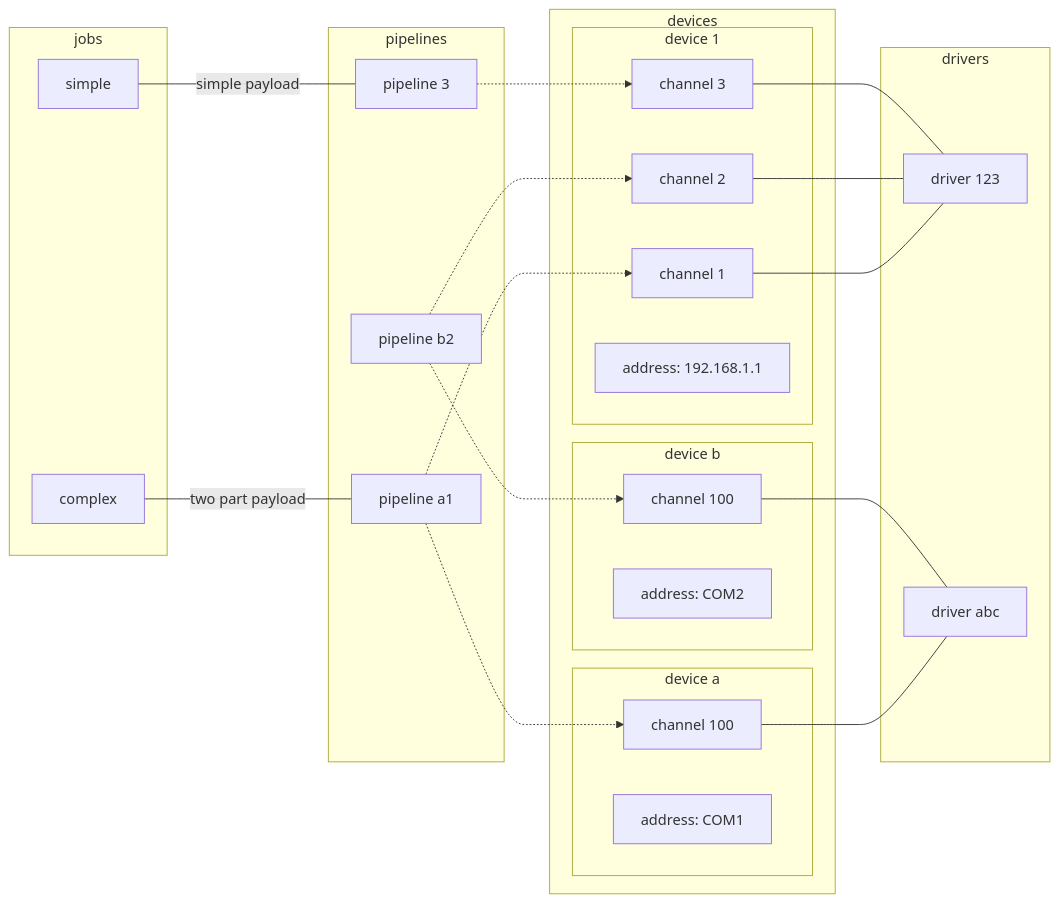
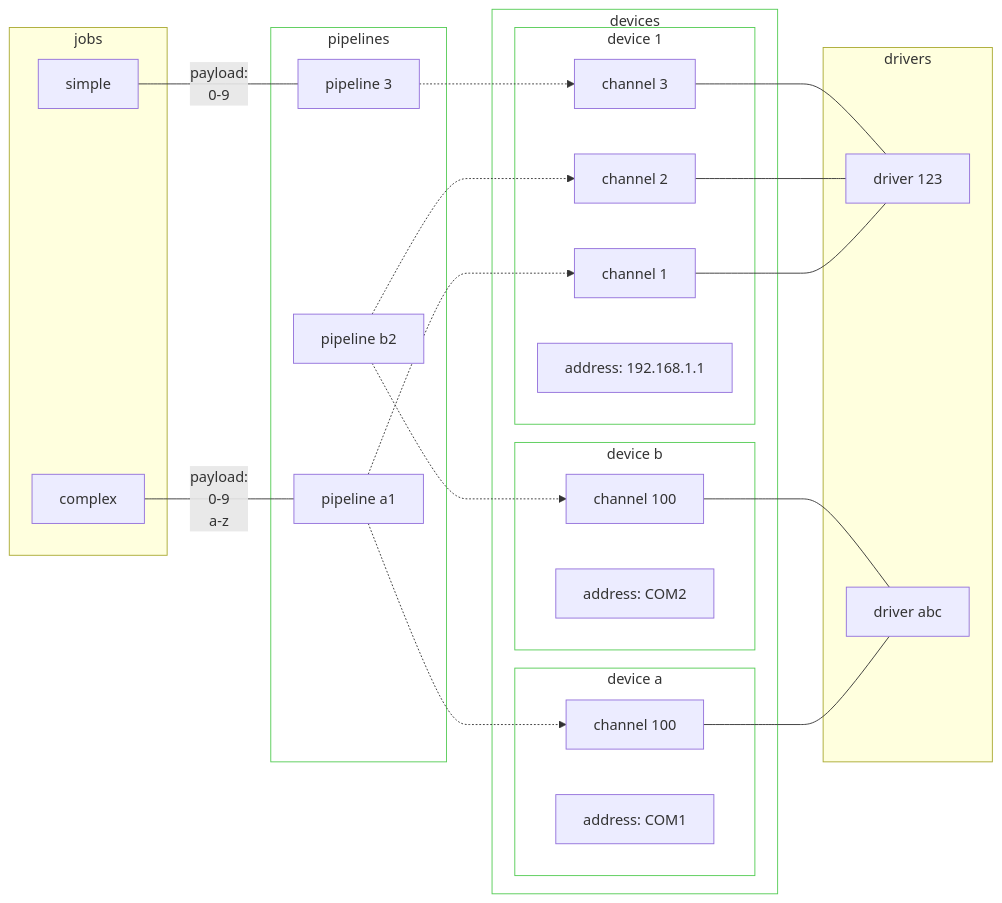
Before and after one commit to dgbowl/tomato: the diagram in docs/source/quickstart.rst, drawn with Mermaid. The commit also changed other lines of this file and 11 other files, not shown here.

```diff
--- a/docs/source/quickstart.rst
+++ b/docs/source/quickstart.rst
@@ -101,60 +56,67 @@
 .. mermaid::
+    :caption: Diagram of **tomato** concepts.
 
-  flowchart LR
+    flowchart LR
 
       c1 --- drv1[driver 123]
       c2 --- drv1
       c3 --- drv1
 
       a100 --- drv2[driver abc]
       b100 --- drv2
 
       subgraph d1[device 1]
           ip1[address: 192.168.1.1]
           c1[channel 1]
           c2[channel 2]
           c3[channel 3]
       end
 
       subgraph a[device a]
           com1[address: COM1]
           a100[channel 100]
       end
 
       subgraph b[device b]
           com2[address: COM2]
           b100[channel 100]
       end
 
       subgraph pipelines
           pip1
           pip2
           pip3
       end
 
+      pipelines:::config
+
       subgraph drivers
           drv1
           drv2
       end
 
       subgraph devices
-          d1
-          a
-          b
+          d1:::config
+          a:::config
+          b:::config
       end
+
+      devices:::config
 
       subgraph jobs
           j1
           j2
       end
 
-      j1[complex] --- |two part payload| pip1
-      j2[simple] --- |simple payload| pip3
+      j1[complex] --- |payload:<br/>0-9<br/>a-z| pip1
+      j2[simple] --- |payload:<br/>0-9| pip3
 
       pip1[pipeline a1] -.-> c1
       pip1[pipeline a1] -.-> a100
 
       pip2[pipeline b2] -.-> c2
       pip2[pipeline b2] -.-> b100
 
       pip3[pipeline 3] -.-> c3
+
+      classDef config fill:#fff,stroke:#5c5
```
